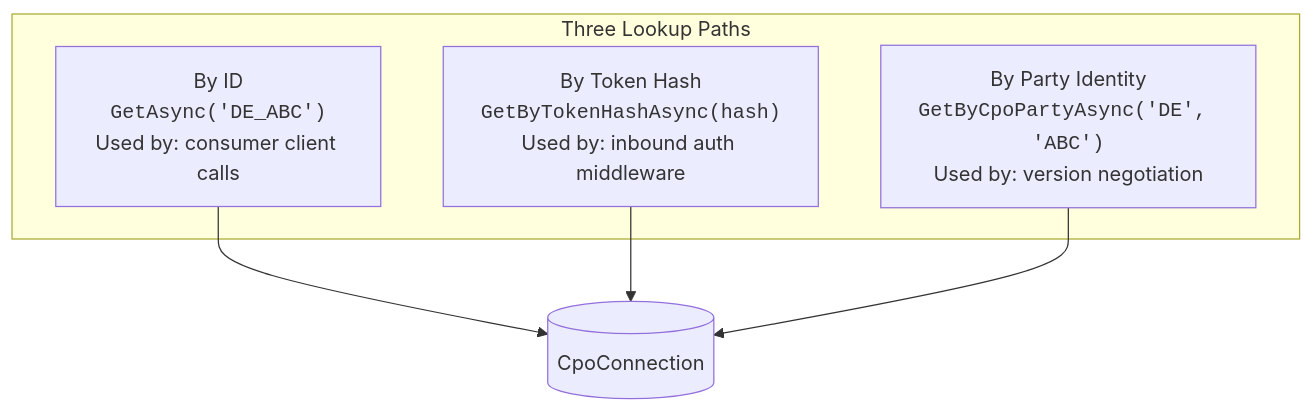
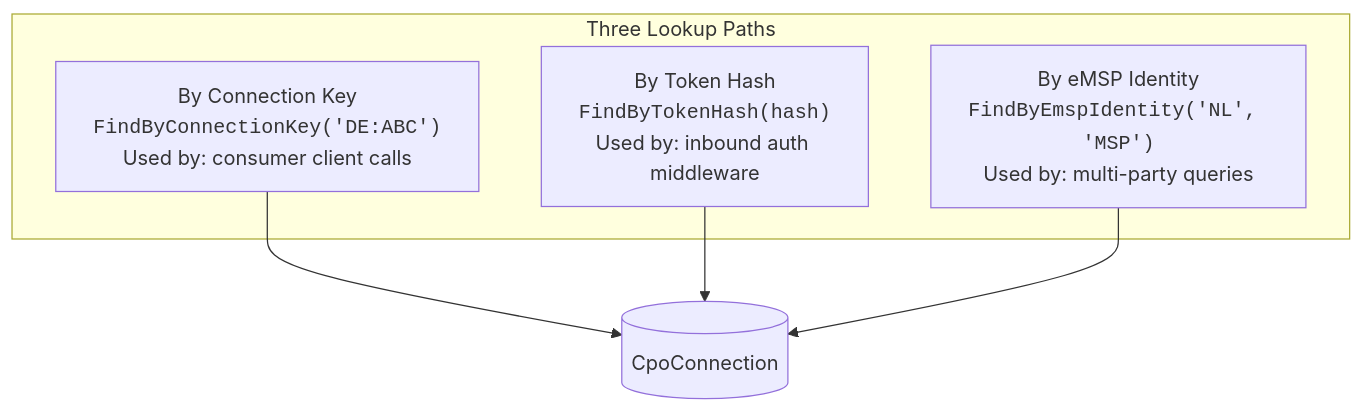
The second of 14 diagrams in docs/cpo-registry.md (hannan-m/DotOcpi), drawn with Mermaid before and after one commit. The commit also changed other lines of this file and 5 other files, not shown here.

````diff
--- a/docs/cpo-registry.md
+++ b/docs/cpo-registry.md
@@ -104,12 +101,12 @@
 ```mermaid
 graph TD
     subgraph "Three Lookup Paths"
-        ById["By ID<br/><code>GetAsync('DE_ABC')</code><br/>Used by: consumer client calls"]
-        ByToken["By Token Hash<br/><code>GetByTokenHashAsync(hash)</code><br/>Used by: inbound auth middleware"]
-        ByParty["By Party Identity<br/><code>GetByCpoPartyAsync('DE', 'ABC')</code><br/>Used by: version negotiation"]
+        ById["By Connection Key<br/><code>FindByConnectionKey('DE:ABC')</code><br/>Used by: consumer client calls"]
+        ByToken["By Token Hash<br/><code>FindByTokenHash(hash)</code><br/>Used by: inbound auth middleware"]
+        ByEmsp["By eMSP Identity<br/><code>FindByEmspIdentity('NL', 'MSP')</code><br/>Used by: multi-party queries"]
     end
 
     ById --> Registry[(CpoConnection)]
     ByToken --> Registry
-    ByParty --> Registry
+    ByEmsp --> Registry
 ```
````
